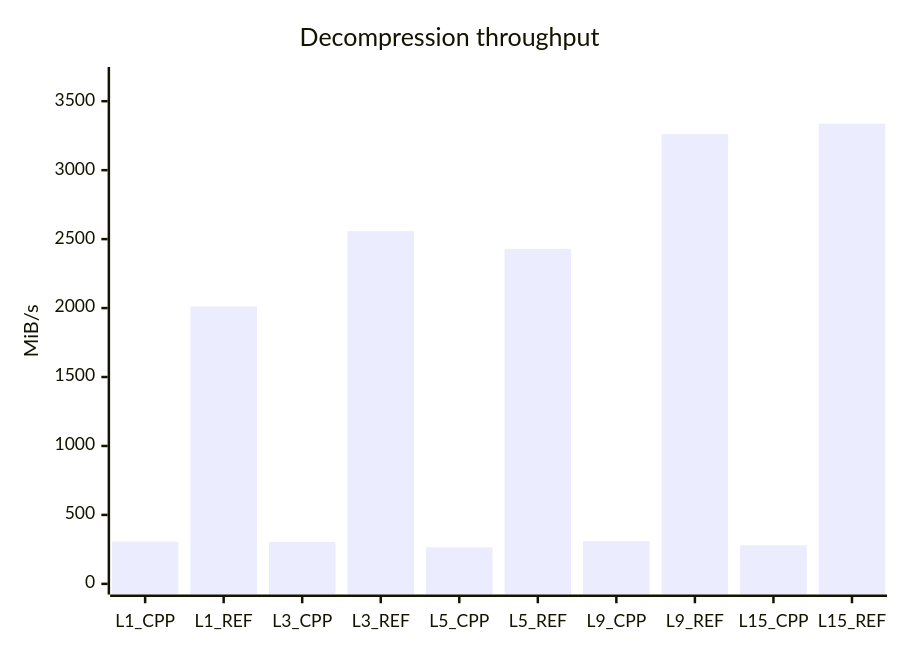
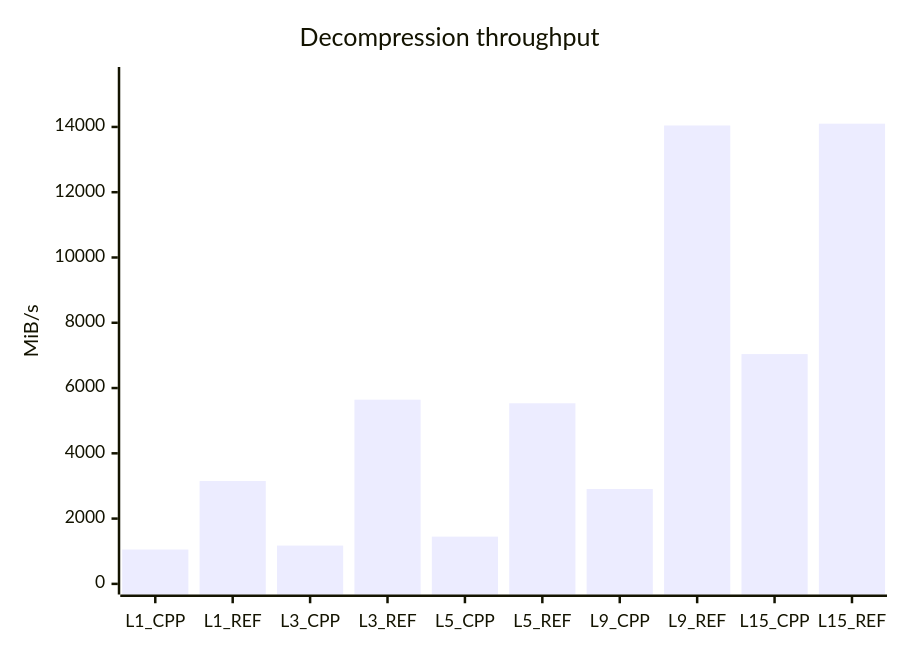
One commit to mheyman/zstdpp changed the fifth of 7 diagrams in README.md. Above: the diagram before and after it, drawn with Mermaid. The commit also changed other lines of this file, not shown here.

````diff
--- a/README.md
+++ b/README.md
@@ -178,7 +178,7 @@
 ```mermaid
 xychart-beta
     title "Decompression throughput"
     x-axis [L1_CPP, L1_REF, L3_CPP, L3_REF, L5_CPP, L5_REF, L9_CPP, L9_REF, L15_CPP, L15_REF]
-    y-axis "MiB/s" 0 --> 3671
-    bar [306, 2011, 304, 2558, 265, 2429, 310, 3261, 280, 3337]
+    y-axis "MiB/s" 0 --> 15511
+    bar [1053, 3151, 1174, 5643, 1448, 5534, 2907, 14045, 7040, 14100]
 ```
````
